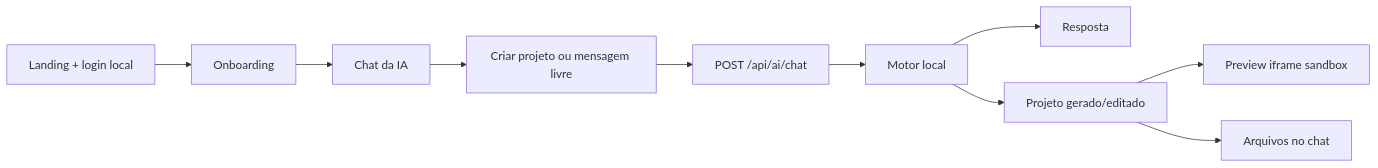
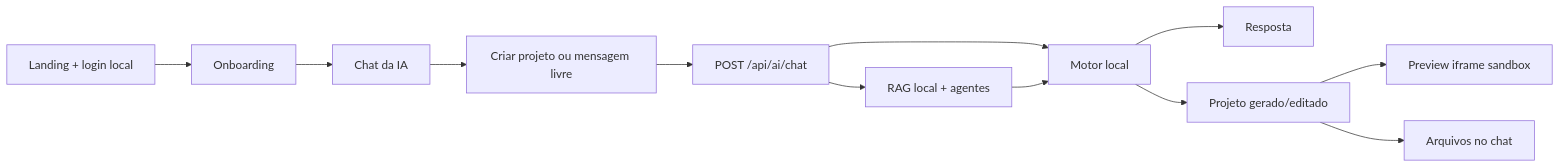
Before and after one commit to zszoro/ZS-Ferramenta-: the diagram in docs/architecture.md, drawn with Mermaid. The commit also changed other lines of this file and 34 other files, not shown here.

Commit message:
Add AI memory and RAG architecture

````diff
--- a/docs/architecture.md
+++ b/docs/architecture.md
@@ -5,12 +5,14 @@
 ```mermaid
 flowchart LR
   A["Landing + login local"] --> B["Onboarding"]
   B --> C["Chat da IA"]
   C --> D["Criar projeto ou mensagem livre"]
   D --> E["POST /api/ai/chat"]
   E --> F["Motor local"]
+  E --> K["RAG local + agentes"]
+  K --> F
   F --> G["Resposta"]
   F --> H["Projeto gerado/editado"]
   H --> I["Preview iframe sandbox"]
   H --> J["Arquivos no chat"]
 ```
````
